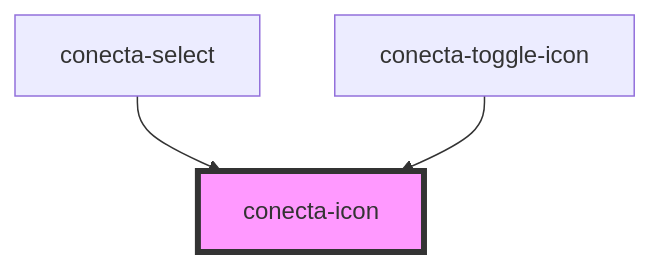
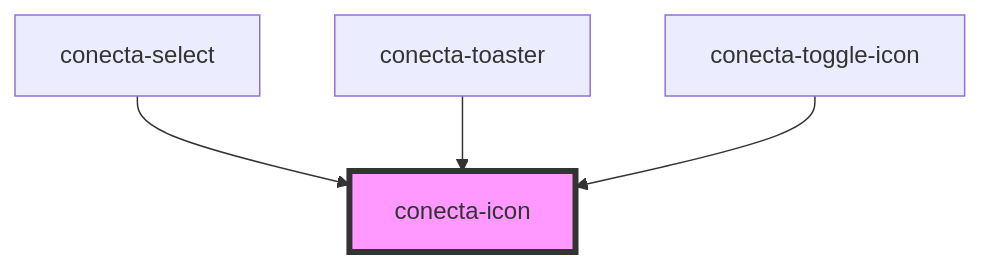
One commit to brayansi/conecta-web-kit changed the diagram in packages/conecta-web-kit-core/src/components/conecta-icon/readme.md. Above: the diagram before and after it, drawn with Mermaid. The commit also changed other lines of this file and 10 other files, not shown here.

Commit message:
Atualiza versões dos pacotes para 0.0.14 e adiciona o componente conecta-toaster com suporte a múltiplos toasts, variantes e posicionamento configurável.

````diff
--- a/packages/conecta-web-kit-core/src/components/conecta-icon/readme.md
+++ b/packages/conecta-web-kit-core/src/components/conecta-icon/readme.md
@@ -23,6 +24,7 @@
 ```mermaid
 graph TD;
   conecta-select --> conecta-icon
+  conecta-toaster --> conecta-icon
   conecta-toggle-icon --> conecta-icon
   style conecta-icon fill:#f9f,stroke:#333,stroke-width:4px
 ```
````
